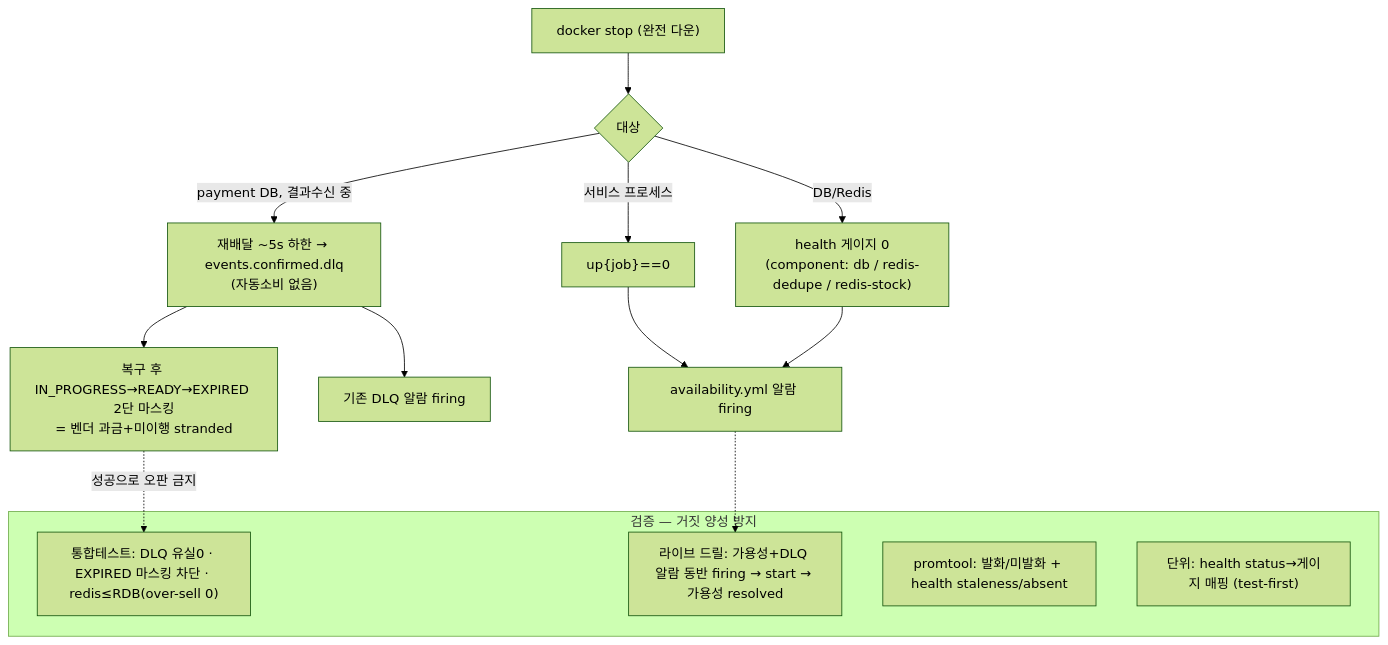
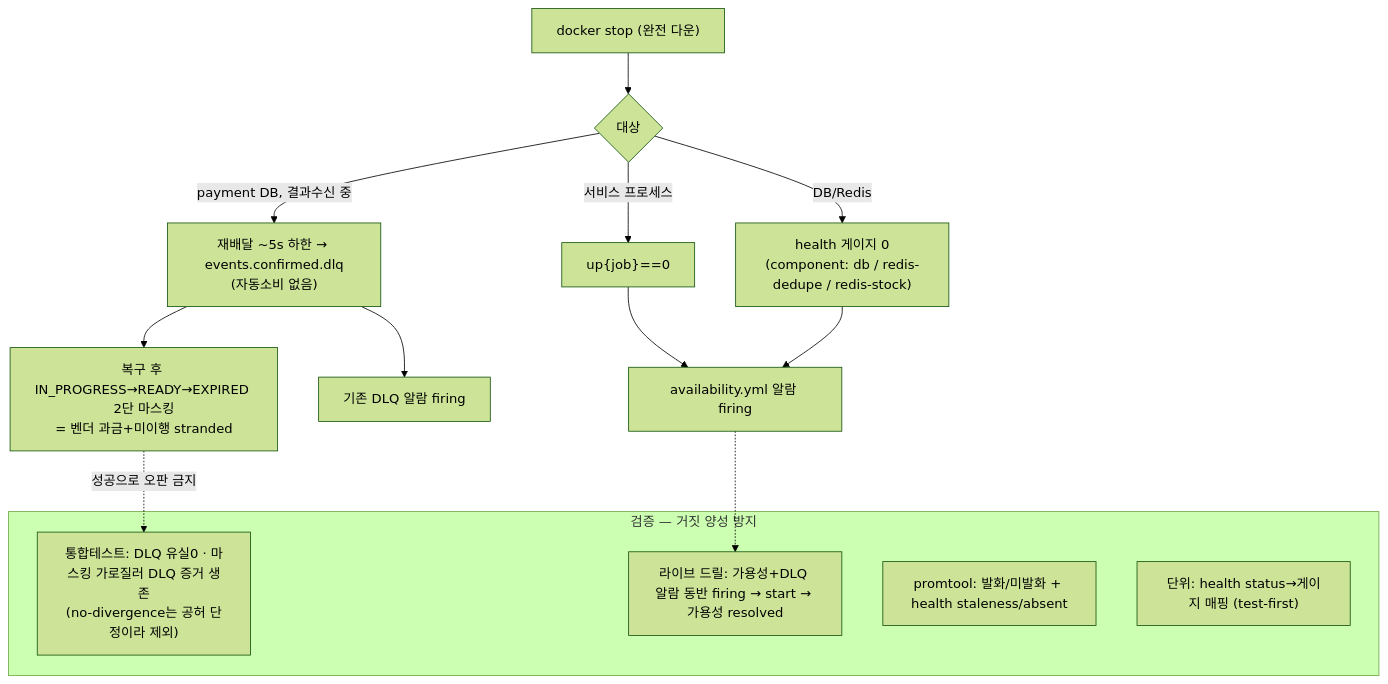
One commit to hyoguoo/payment-platform changed the second of 2 diagrams in docs/topics/FAULT-INJECTION-RESILIENCE.md. Above: the diagram before and after it, drawn with Mermaid (forest theme). The commit also changed other lines of this file and 2 other files, not shown here.

````diff
--- a/docs/topics/FAULT-INJECTION-RESILIENCE.md
+++ b/docs/topics/FAULT-INJECTION-RESILIENCE.md
@@ -71,21 +71,21 @@
 ```mermaid
 flowchart TD
     STOP["docker stop (완전 다운)"] --> K{대상}
     K -->|서비스 프로세스| UP["up{job}==0"]
     K -->|DB/Redis| HB["health 게이지 0<br/>(component: db / redis-dedupe / redis-stock)"]
     UP --> AV["availability.yml 알람 firing"]
     HB --> AV
 
     K -->|"payment DB, 결과수신 중"| DLQ["재배달 ~5s 하한 → events.confirmed.dlq<br/>(자동소비 없음)"]
     DLQ --> DQA["기존 DLQ 알람 firing"]
     DLQ --> MASK["복구 후 IN_PROGRESS→READY→EXPIRED 2단 마스킹<br/>= 벤더 과금+미이행 stranded"]
 
     subgraph verify["검증 — 거짓 양성 방지"]
-        IT["통합테스트: DLQ 유실0 · EXPIRED 마스킹 차단 · redis≤RDB(over-sell 0)"]
+        IT["통합테스트: DLQ 유실0 · 마스킹 가로질러 DLQ 증거 생존<br/>(no-divergence는 공허 단정이라 제외)"]
         DR["라이브 드릴: 가용성+DLQ 알람 동반 firing → start → 가용성 resolved"]
         PT["promtool: 발화/미발화 + health staleness/absent"]
         UT["단위: health status→게이지 매핑 (test-first)"]
     end
     MASK -.->|성공으로 오판 금지| IT
     AV -.-> DR
 ```
````
